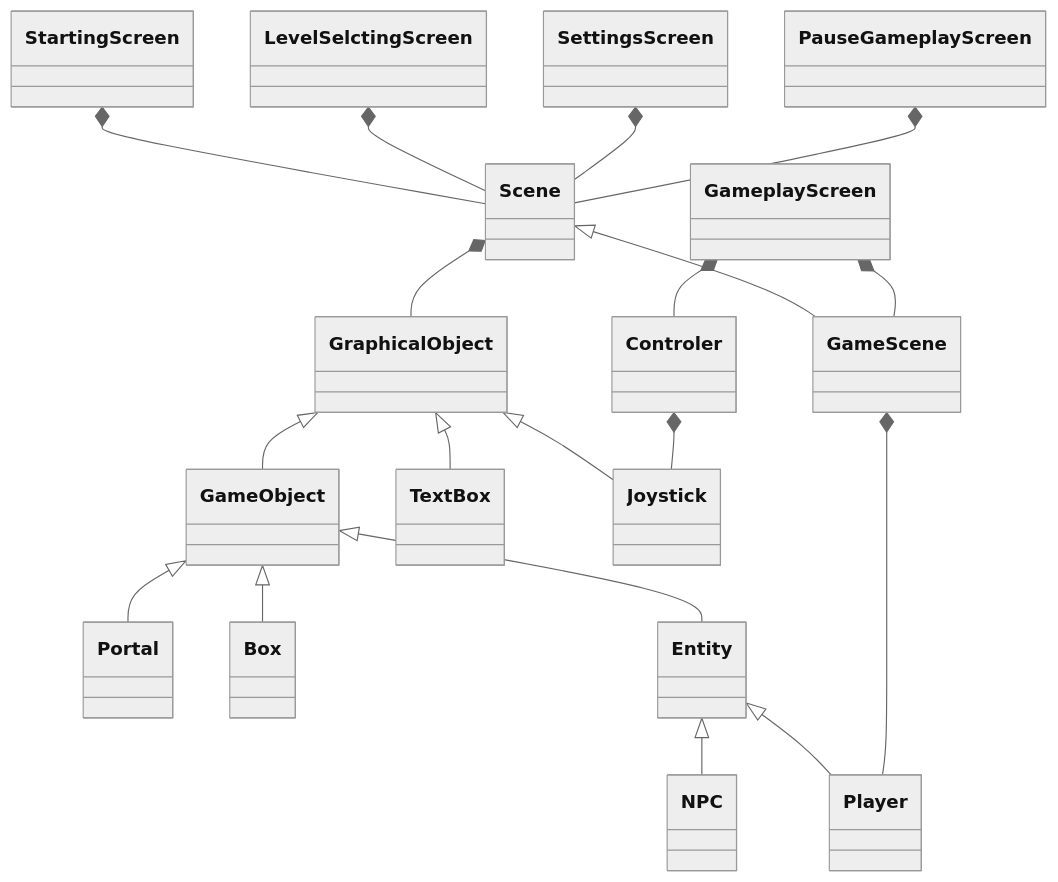
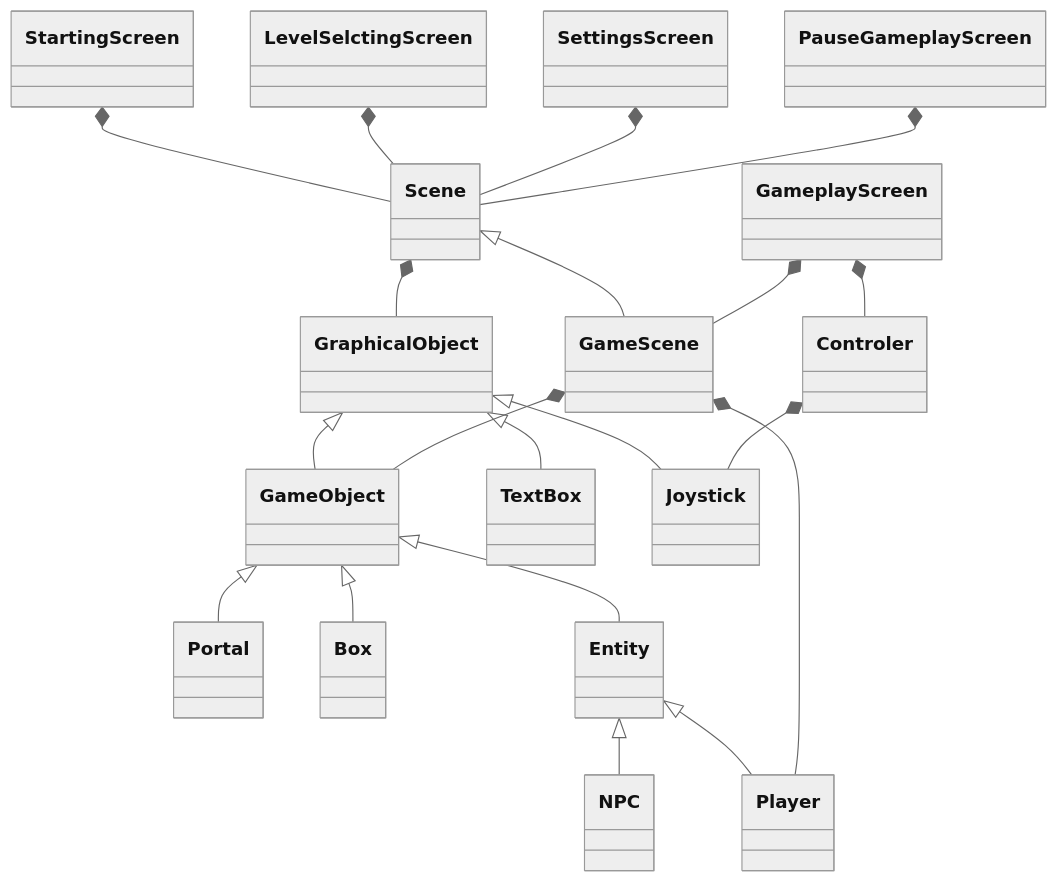
Before and after one commit to dRoycon/HS_SoftwareEngineeringProject: the diagram in planning_class_structure/README.md, drawn with Mermaid (neutral theme).

Commit message:
modified:   planning_class_structure/README.md

````diff
--- a/planning_class_structure/README.md
+++ b/planning_class_structure/README.md
@@ -3,32 +3,32 @@
 ``` mermaid
 classDiagram
     GraphicalObject <|-- GameObject 
     GraphicalObject <|-- TextBox
     GraphicalObject <|-- Joystick
 
     GameObject <|-- Portal
     GameObject <|-- Box
     GameObject <|-- Entity
 
     Entity <|-- NPC
     Entity <|-- Player
 
     Scene *-- GraphicalObject
     Scene <|-- GameScene
 
     GameScene *-- Player
-
+    GameScene *-- GameObject
 
     Controler *-- Joystick
 
     GameplayScreen *-- GameScene
     GameplayScreen *-- Controler
 
     StartingScreen *-- Scene
 
     LevelSelctingScreen *-- Scene
     SettingsScreen *-- Scene
     PauseGameplayScreen *-- Scene
 
 
 ```
````
